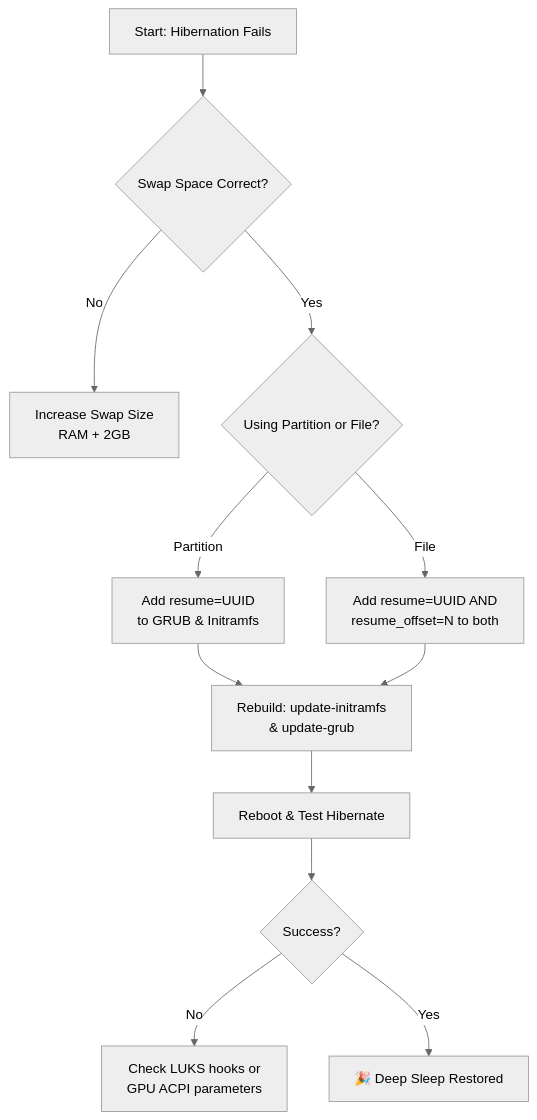
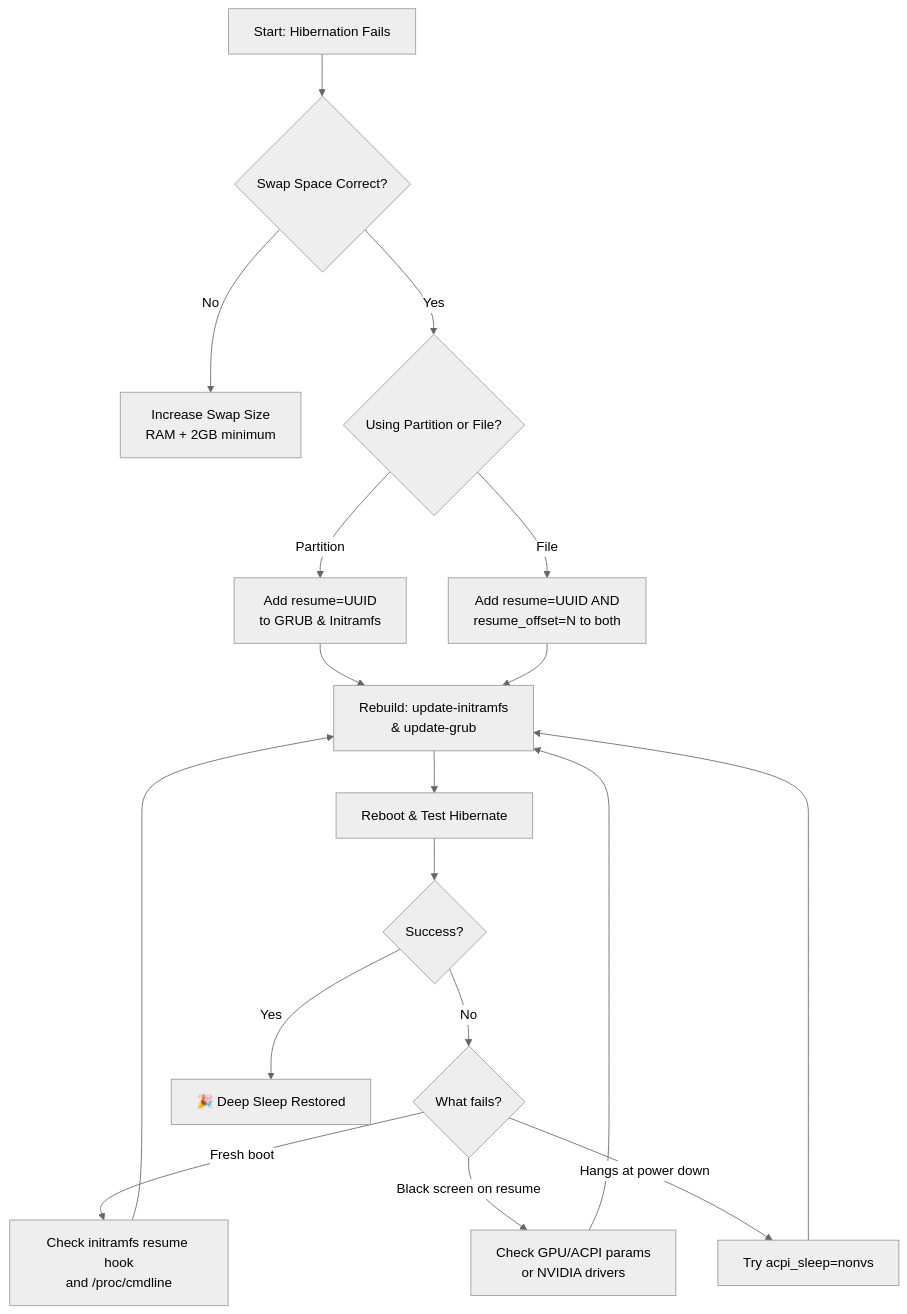
Before and after one commit to htghuzaifa2/huzi.pk-web-v2: the diagram in src/data/blogs/posts/tech/linux-hibernation-deep-dive-swap-offset.md, drawn with Mermaid (neutral theme). The commit also changed other lines of this file and 488 other files, not shown here.

````diff
--- a/src/data/blogs/posts/tech/linux-hibernation-deep-dive-swap-offset.md
+++ b/src/data/blogs/posts/tech/linux-hibernation-deep-dive-swap-offset.md
@@ -56,17 +240,23 @@
 ```mermaid
 flowchart TD
     A[Start: Hibernation Fails] --> B{Swap Space Correct?}
-    B -- No --> C[Increase Swap Size<br>RAM + 2GB]
+    B -- No --> C[Increase Swap Size<br>RAM + 2GB minimum]
     B -- Yes --> D{Using Partition or File?}
-    
+
     D -- Partition --> E[Add resume=UUID<br>to GRUB & Initramfs]
     D -- File --> F[Add resume=UUID AND<br>resume_offset=N to both]
-    
+
     E --> G[Rebuild: update-initramfs<br>& update-grub]
     F --> G
-    
+
     G --> H[Reboot & Test Hibernate]
     H --> I{Success?}
-    I -- No --> J[Check LUKS hooks or<br>GPU ACPI parameters]
-    I -- Yes --> K[🎉 Deep Sleep Restored]
+    I -- No --> J{What fails?}
+    J -- Fresh boot --> K[Check initramfs resume hook<br>and /proc/cmdline]
+    J -- Black screen on resume --> L[Check GPU/ACPI params<br>or NVIDIA drivers]
+    J -- Hangs at power down --> M[Try acpi_sleep=nonvs]
+    K --> G
+    L --> G
+    M --> G
+    I -- Yes --> N[🎉 Deep Sleep Restored]
 ```
````
